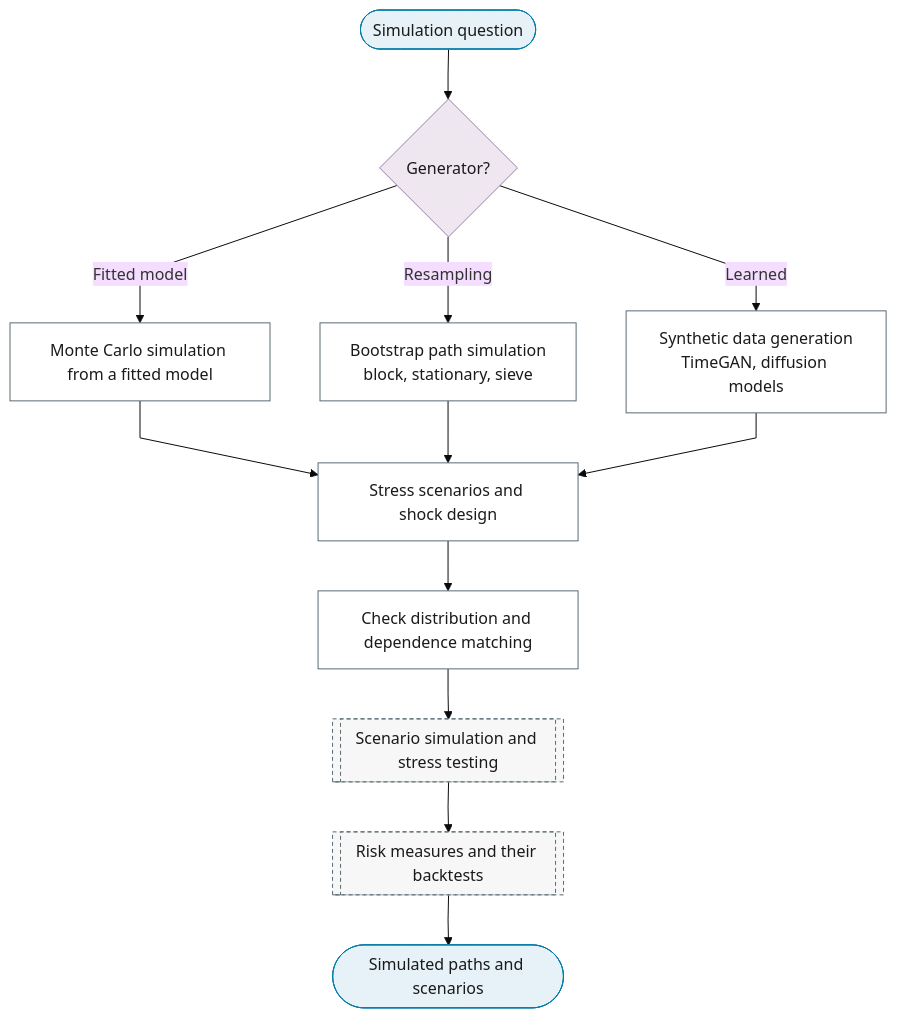
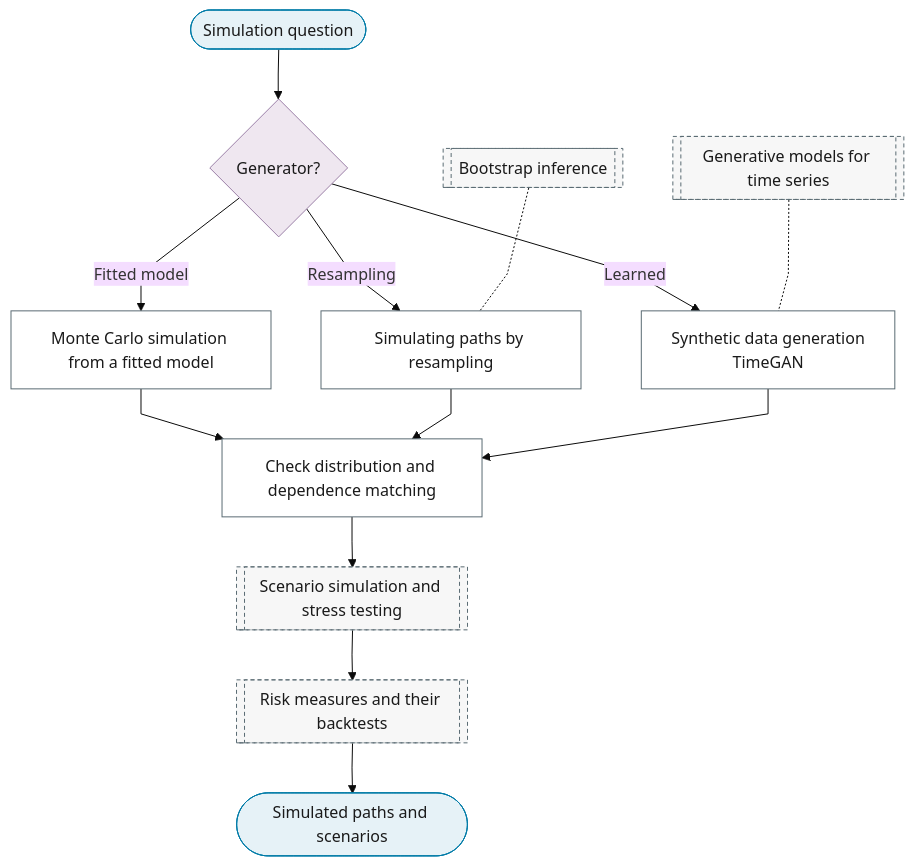
The diagram in docs/01-workflow/p02-purpose/10-simulation.md (Shuxin-Y/time-series-analysis-manual), drawn with Mermaid (base theme) before and after one commit. The commit also changed 27 other files, not shown here.

First line of the commit message:
fix(flowchart): one method, one leaf

````diff
--- a/docs/01-workflow/p02-purpose/10-simulation.md
+++ b/docs/01-workflow/p02-purpose/10-simulation.md
@@ -7,25 +7,26 @@
 ```mermaid
 %%{init: {"flowchart": {"curve": "linear"}}}%%
 graph TD
     P2_SM_IN(["Simulation question"]) --> P2_SM_SOURCE{"Generator?"}
     P2_SM_SOURCE -->|"Fitted model"| P2_SM_MONTE_CARLO["Monte Carlo simulation from a fitted model"]
-    P2_SM_SOURCE -->|"Resampling"| P2_SM_BOOTSTRAP_PATHS["Bootstrap path simulation<br/>block, stationary, sieve"]
-    P2_SM_SOURCE -->|"Learned"| P2_SM_SYNTHETIC["Synthetic data generation<br/>TimeGAN, diffusion models"]
-    P2_SM_MONTE_CARLO & P2_SM_BOOTSTRAP_PATHS & P2_SM_SYNTHETIC --> P2_SM_STRESS["Stress scenarios and shock design"]
-    P2_SM_STRESS --> P2_SM_DISTRIBUTION_MATCH["Check distribution and dependence matching"]
+    P2_SM_SOURCE -->|"Resampling"| P2_SM_BOOTSTRAP_PATHS["Simulating paths by resampling"]
+    P2_SM_SOURCE -->|"Learned"| P2_SM_SYNTHETIC["Synthetic data generation<br/>TimeGAN"]
+    P2_SM_MONTE_CARLO & P2_SM_BOOTSTRAP_PATHS & P2_SM_SYNTHETIC --> P2_SM_DISTRIBUTION_MATCH["Check distribution and dependence matching"]
+    P9_BOOTSTRAP[["Bootstrap inference"]] -.- P2_SM_BOOTSTRAP_PATHS
+    P6_GENERATIVE[["Generative models for time series"]] -.- P2_SM_SYNTHETIC
     P2_SM_DISTRIBUTION_MATCH --> P10_SCENARIOS[["Scenario simulation and stress testing"]]
     P10_SCENARIOS --> P10_RISK_MEASURES[["Risk measures and their backtests"]]
     P10_RISK_MEASURES --> P2_SM_OUT(["Simulated paths and scenarios"])
     class P2_SM_IN,P2_SM_OUT terminator
     class P2_SM_SOURCE decision
-    class P2_SM_MONTE_CARLO,P2_SM_BOOTSTRAP_PATHS,P2_SM_SYNTHETIC,P2_SM_STRESS,P2_SM_DISTRIBUTION_MATCH process
-    class P10_SCENARIOS,P10_RISK_MEASURES ref
+    class P2_SM_MONTE_CARLO,P2_SM_BOOTSTRAP_PATHS,P2_SM_SYNTHETIC,P2_SM_DISTRIBUTION_MATCH process
+    class P9_BOOTSTRAP,P6_GENERATIVE,P10_SCENARIOS,P10_RISK_MEASURES ref
     classDef terminator fill:#E6F2F7,stroke:#007BA7,color:#1A1A1A;
     classDef process fill:#FFFFFF,stroke:#5A6B73,color:#1A1A1A;
     classDef decision fill:#EFE7F0,stroke:#9B7FA7,color:#1A1A1A;
     classDef data fill:#FFF4E0,stroke:#C9A55E,color:#1A1A1A;
     classDef good fill:#DCEFD8,stroke:#4A7A3F,color:#1A1A1A;
     classDef escalate fill:#FFE9C2,stroke:#C9A55E,color:#1A1A1A;
     classDef problem fill:#F2D9DE,stroke:#800020,color:#1A1A1A;
     classDef ref fill:#F7F7F7,stroke:#5A6B73,color:#1A1A1A,stroke-dasharray:4 3;
 ```
````
